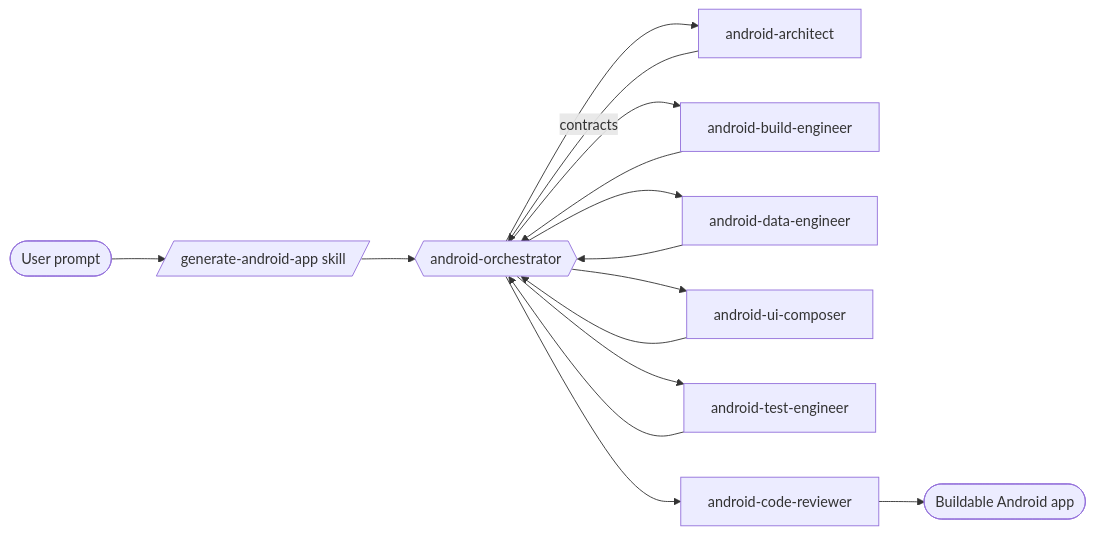
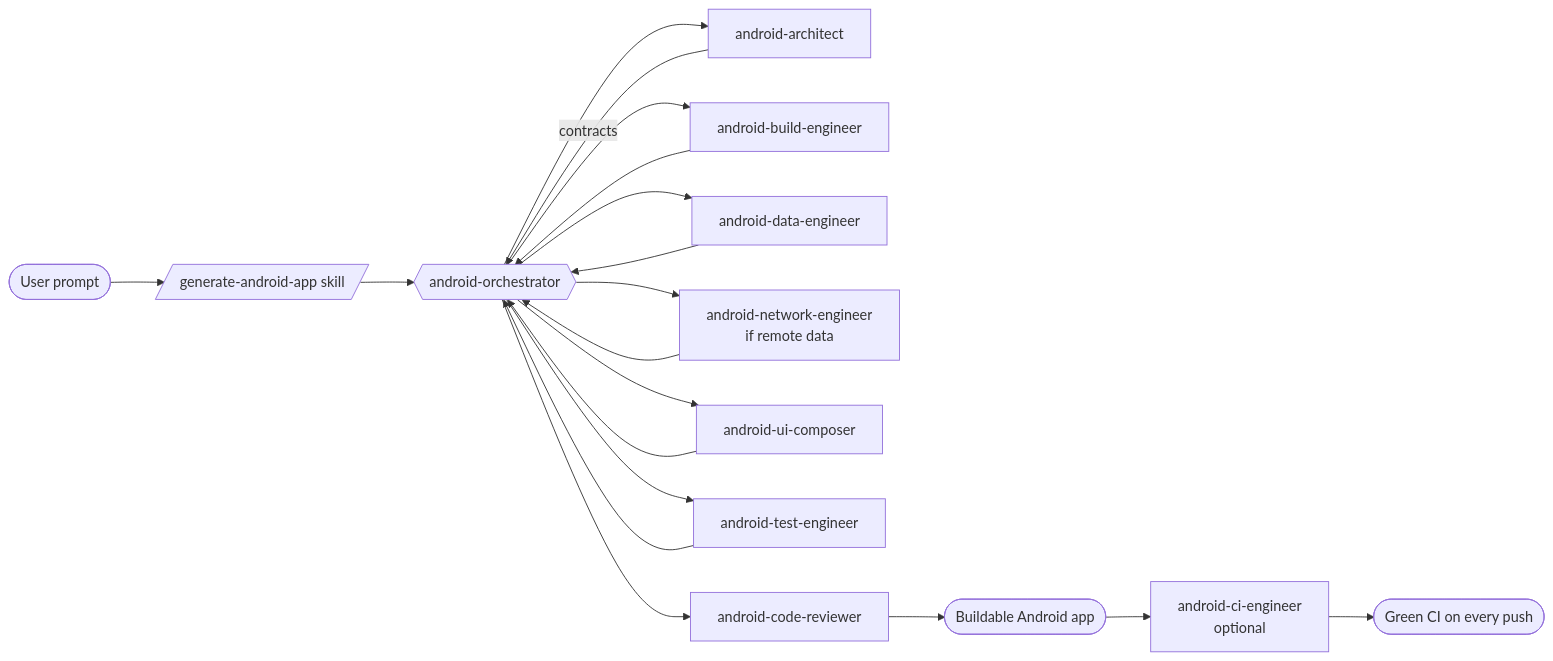
One commit to cdandgey5/SubagentPractice changed the diagram in README.md. Above: the diagram before and after it, drawn with Mermaid. The commit also changed other lines of this file and 15 other files, not shown here.

````diff
--- a/README.md
+++ b/README.md
@@ -94,14 +102,17 @@
 ```mermaid
 flowchart LR
     U([User prompt]) --> S[/generate-android-app skill/]
     S --> O{{android-orchestrator}}
     O --> A[android-architect]
     A -->|contracts| O
     O --> B[android-build-engineer]
     O --> D[android-data-engineer]
+    O --> N[android-network-engineer<br/>if remote data]
     O --> C[android-ui-composer]
     O --> T[android-test-engineer]
-    B & D & C & T --> O
+    B & D & N & C & T --> O
     O --> R[android-code-reviewer]
     R --> APP([Buildable Android app])
+    APP --> CI[android-ci-engineer<br/>optional]
+    CI --> GREEN([Green CI on every push])
 ```
````
